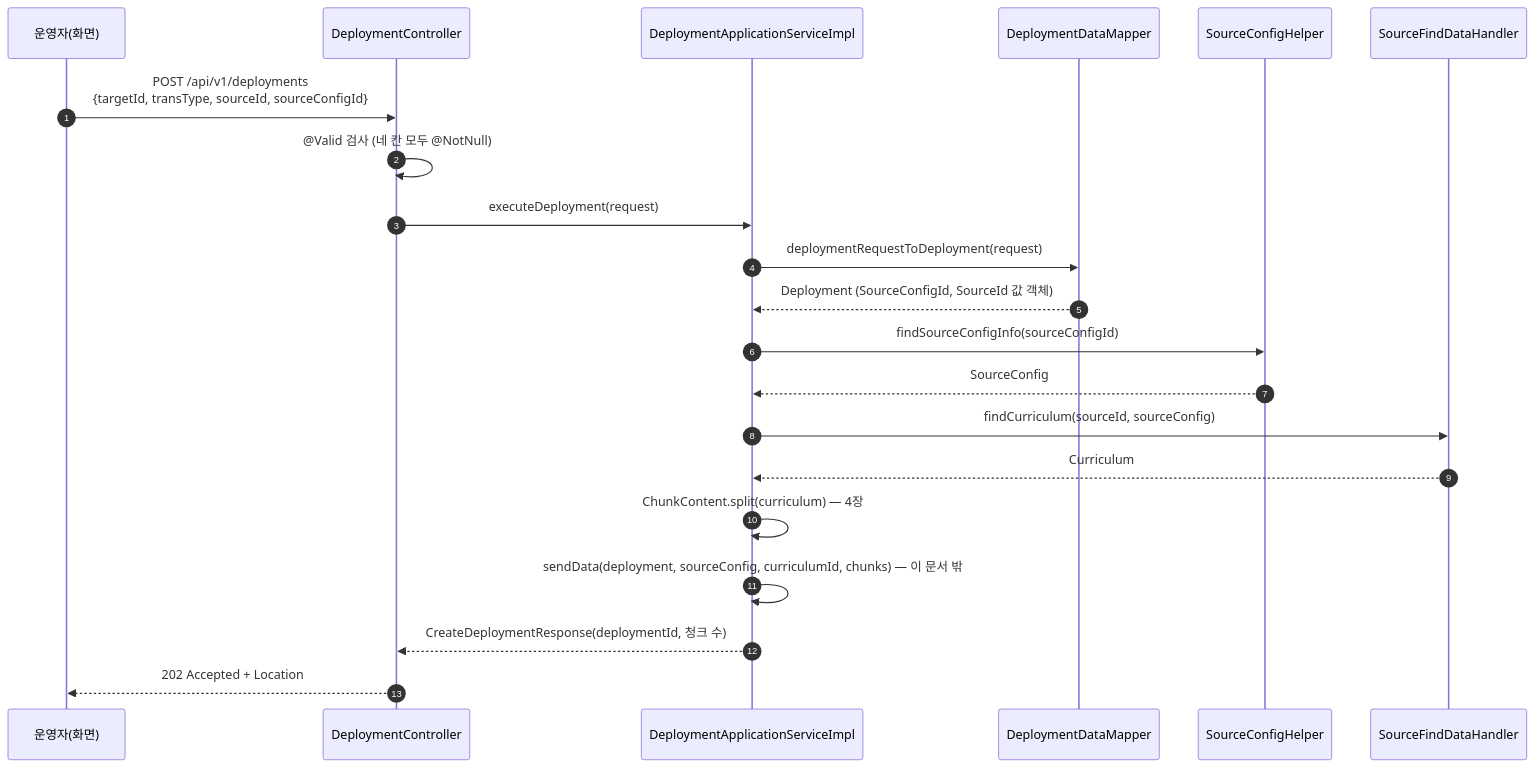
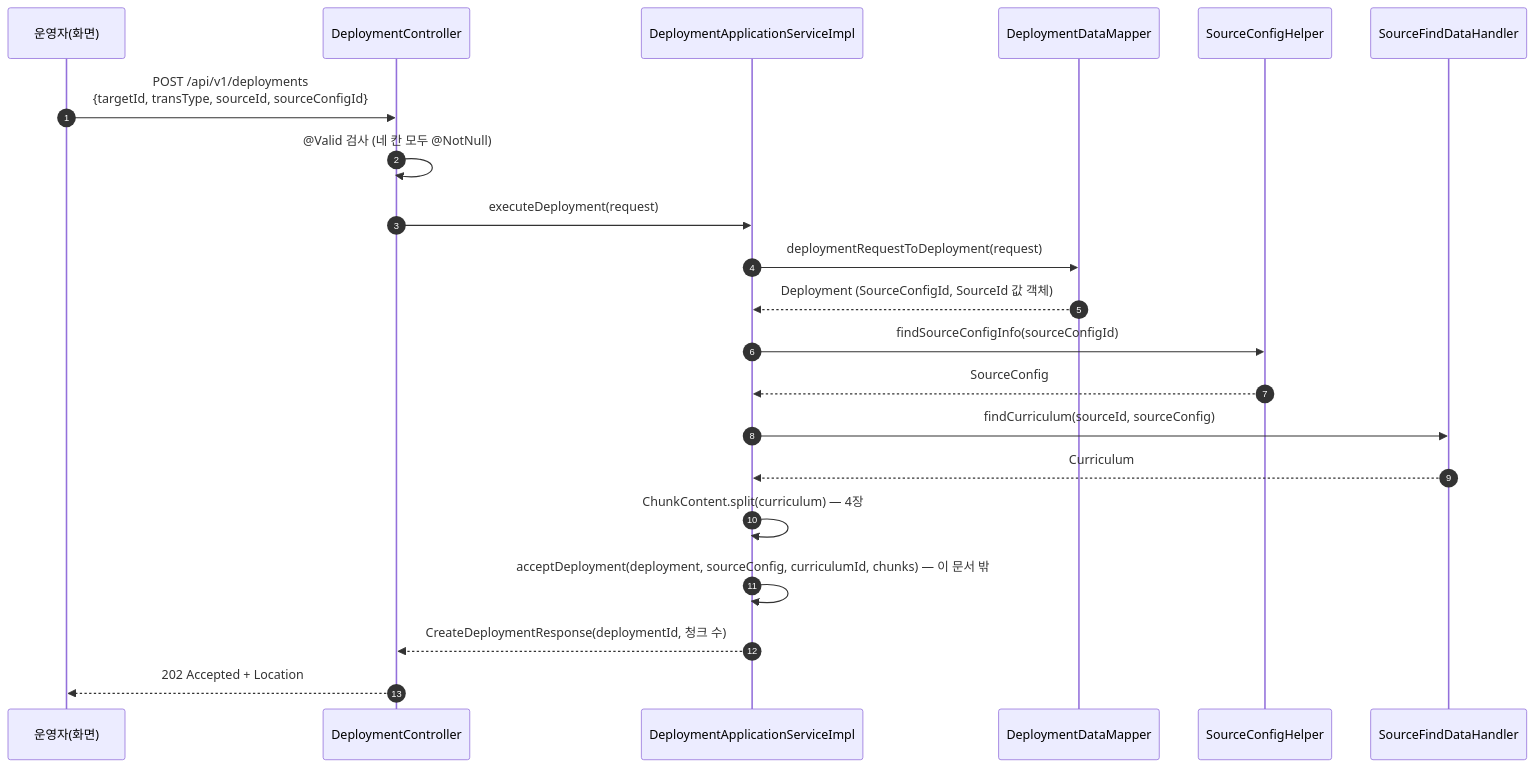
The third of 15 diagrams in docs/system/source-read.md (brunosong/transfersystem), drawn with Mermaid before and after one commit. The commit also changed other lines of this file and 2 other files, not shown here.

Commit message:
배포 접수 메서드 이름을 하는 일에 맞게 acceptDeployment로 바꾸고 쓸모없는 결과 갱신을 뺀다

````diff
--- a/docs/system/source-read.md
+++ b/docs/system/source-read.md
@@ -81,24 +81,24 @@
 ```mermaid
 sequenceDiagram
   autonumber
   participant OP as 운영자(화면)
   participant C as DeploymentController
   participant S as DeploymentApplicationServiceImpl
   participant M as DeploymentDataMapper
   participant CH as SourceConfigHelper
   participant H as SourceFindDataHandler
 
   OP->>C: POST /api/v1/deployments<br/>{targetId, transType, sourceId, sourceConfigId}
   C->>C: @Valid 검사 (네 칸 모두 @NotNull)
   C->>S: executeDeployment(request)
   S->>M: deploymentRequestToDeployment(request)
   M-->>S: Deployment (SourceConfigId, SourceId 값 객체)
   S->>CH: findSourceConfigInfo(sourceConfigId)
   CH-->>S: SourceConfig
   S->>H: findCurriculum(sourceId, sourceConfig)
   H-->>S: Curriculum
   S->>S: ChunkContent.split(curriculum) — 4장
-  S->>S: sendData(deployment, sourceConfig, curriculumId, chunks) — 이 문서 밖
+  S->>S: acceptDeployment(deployment, sourceConfig, curriculumId, chunks) — 이 문서 밖
   S-->>C: CreateDeploymentResponse(deploymentId, 청크 수)
   C-->>OP: 202 Accepted + Location
 ```
````
